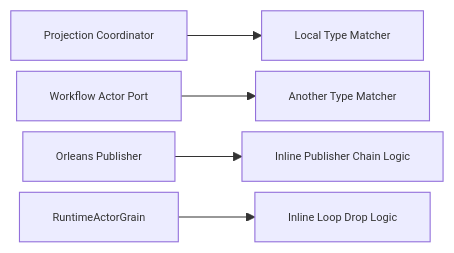
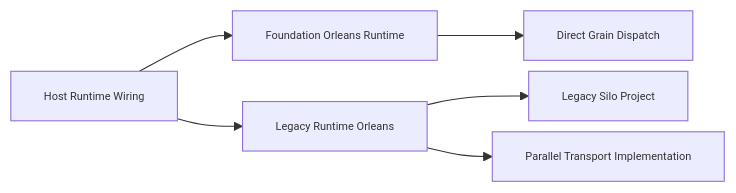
Before and after one commit to aevatarAI/aevatar: the first of 3 diagrams in docs/audit-scorecard/worktree-architecture-scorecard-2026-02-22.md, drawn with Mermaid. The commit also changed other lines of this file and 49 other files, not shown here.

First line of the commit message:
Remove legacy files and integrate Kafka transport support for Orleans runtime

````diff
--- a/docs/audit-scorecard/worktree-architecture-scorecard-2026-02-22.md
+++ b/docs/audit-scorecard/worktree-architecture-scorecard-2026-02-22.md
@@ -78,8 +86,9 @@
 ```mermaid
 %%{init: {"maxTextSize": 100000, "flowchart": {"useMaxWidth": false, "nodeSpacing": 10, "rankSpacing": 50}, "themeVariables": {"fontSize": "10px"}}}%%
 flowchart LR
-  A["Projection Coordinator"] --> B["Local Type Matcher"]
-  C["Workflow Actor Port"] --> D["Another Type Matcher"]
-  E["Orleans Publisher"] --> F["Inline Publisher Chain Logic"]
-  G["RuntimeActorGrain"] --> H["Inline Loop Drop Logic"]
+  A["Host Runtime Wiring"] --> B["Foundation Orleans Runtime"]
+  A --> C["Legacy Runtime Orleans"]
+  C --> D["Legacy Silo Project"]
+  B --> E["Direct Grain Dispatch"]
+  C --> F["Parallel Transport Implementation"]
 ```
````
